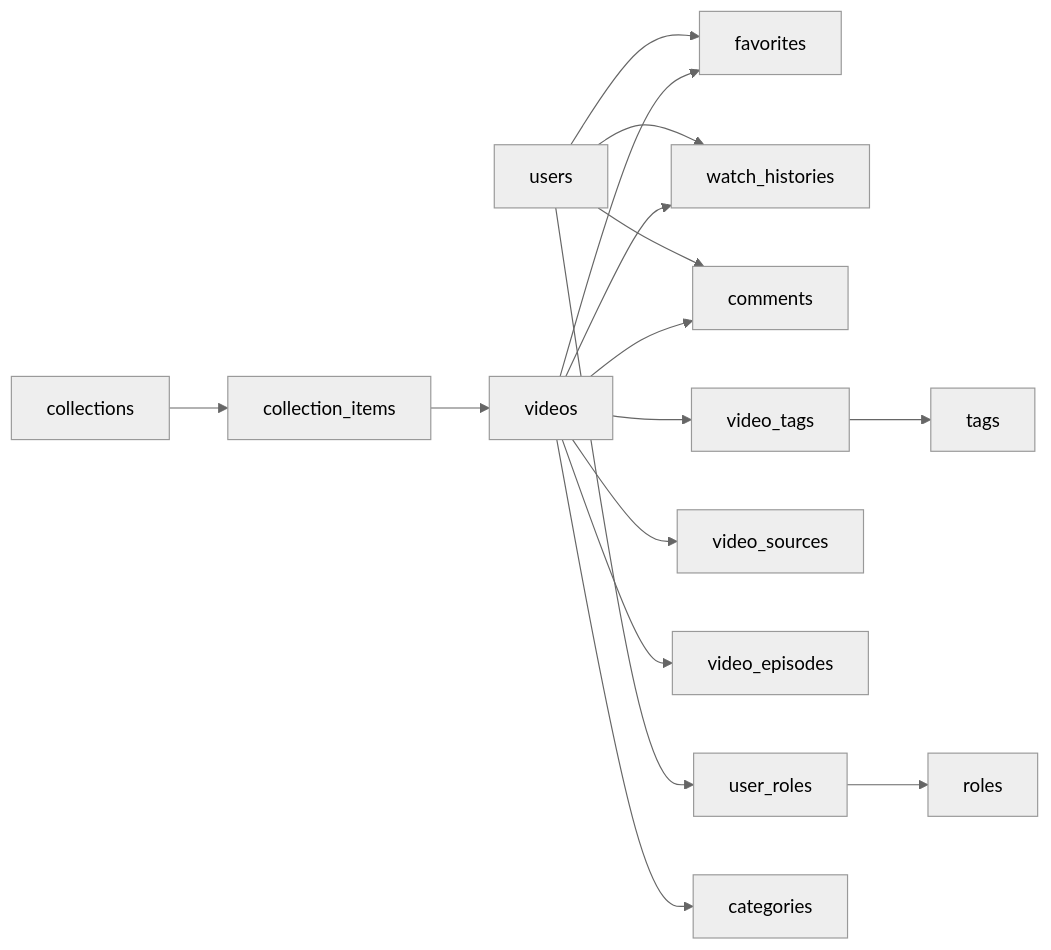
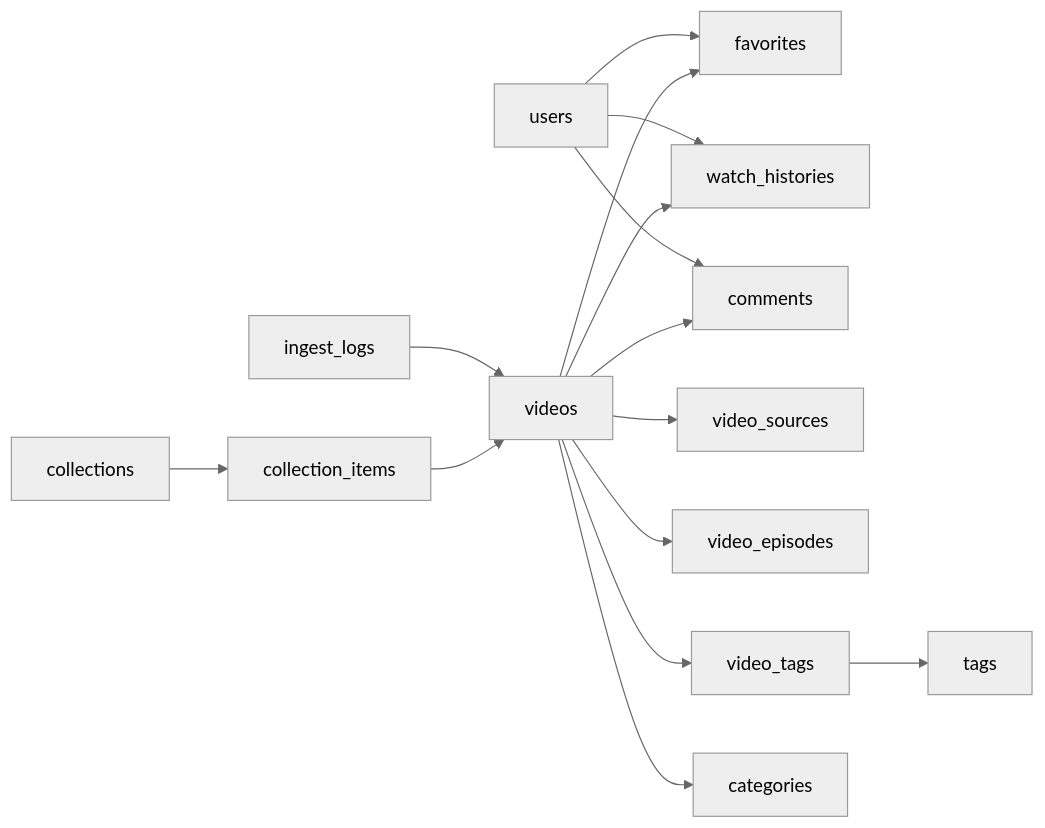
Before and after one commit to xiaolubanchad-debug/video-xiaotang: the diagram in VIDEO_CMS_PLAN.md, drawn with Mermaid (neutral theme). The commit also changed other lines of this file and 50 other files, not shown here.

Commit message:
feat: bootstrap video cms admin and ingest flows

````diff
--- a/VIDEO_CMS_PLAN.md
+++ b/VIDEO_CMS_PLAN.md
@@ -441,18 +447,17 @@
 ```mermaid
 flowchart LR
   U["users"] --> F["favorites"]
   U --> WH["watch_histories"]
   U --> C["comments"]
-  U --> UR["user_roles"]
-  UR --> R["roles"]
   V["videos"] --> VS["video_sources"]
   V --> VE["video_episodes"]
   V --> C
   V --> F
   V --> WH
   V --> VT["video_tags"]
   VT --> T["tags"]
   V --> CA["categories"]
+  I["ingest_logs"] --> V
   CO["collections"] --> CI["collection_items"]
   CI --> V
 ```
````
